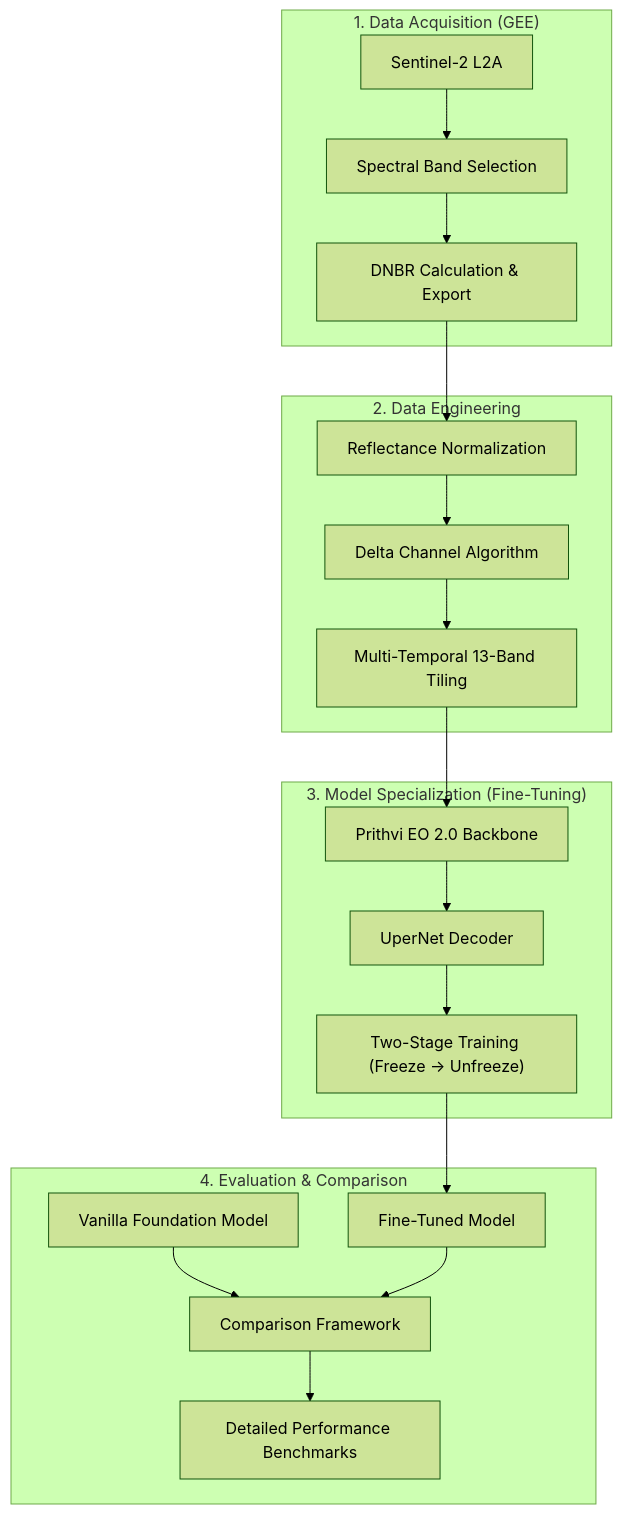
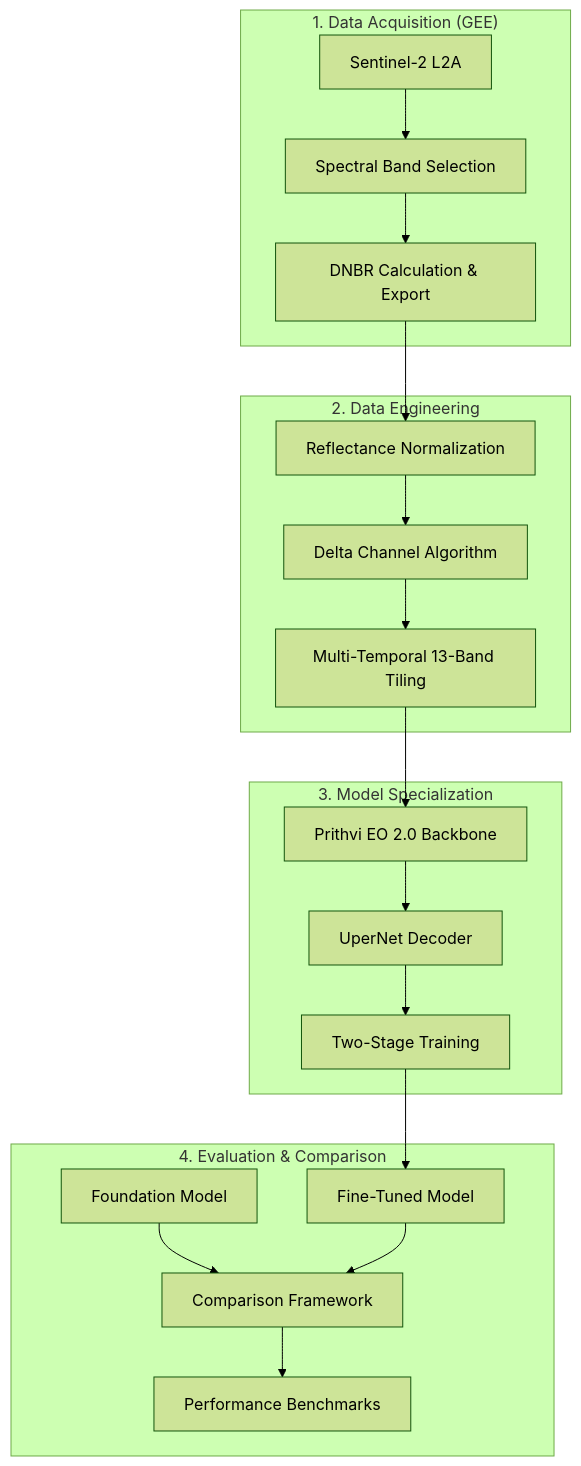
The diagram in README.md (Tushar365/GEE-Prithvi-BurnScar-End2End), drawn with Mermaid (forest theme) before and after one commit. The commit also changed other lines of this file, not shown here.

Commit message:
docs: Simplify Mermaid diagram subgraph definitions and labels, and remove a redundant heading in README.

````diff
--- a/README.md
+++ b/README.md
@@ -34,26 +34,26 @@
 ```mermaid
 graph TD
-    subgraph "1. Data Acquisition (GEE)"
+    subgraph GEE["1. Data Acquisition (GEE)"]
         A[Sentinel-2 L2A] --> B[Spectral Band Selection]
         B --> C[DNBR Calculation & Export]
     end
 
-    subgraph "2. Data Engineering"
+    subgraph Engineering["2. Data Engineering"]
         C --> D[Reflectance Normalization]
         D --> E[Delta Channel Algorithm]
         E --> F[Multi-Temporal 13-Band Tiling]
     end
 
-    subgraph "3. Model Specialization (Fine-Tuning)"
+    subgraph Model["3. Model Specialization"]
         F --> G[Prithvi EO 2.0 Backbone]
         G --> H[UperNet Decoder]
-        H --> I["Two-Stage Training (Freeze → Unfreeze)"]
+        H --> I[Two-Stage Training]
     end
 
-    subgraph "4. Evaluation & Comparison"
+    subgraph Eval["4. Evaluation & Comparison"]
         I --> J[Fine-Tuned Model]
-        K[Vanilla Foundation Model] --> L[Comparison Framework]
+        K[Foundation Model] --> L[Comparison Framework]
         J --> L
-        L --> M[Detailed Performance Benchmarks]
+        L --> M[Performance Benchmarks]
     end
 ```
````
